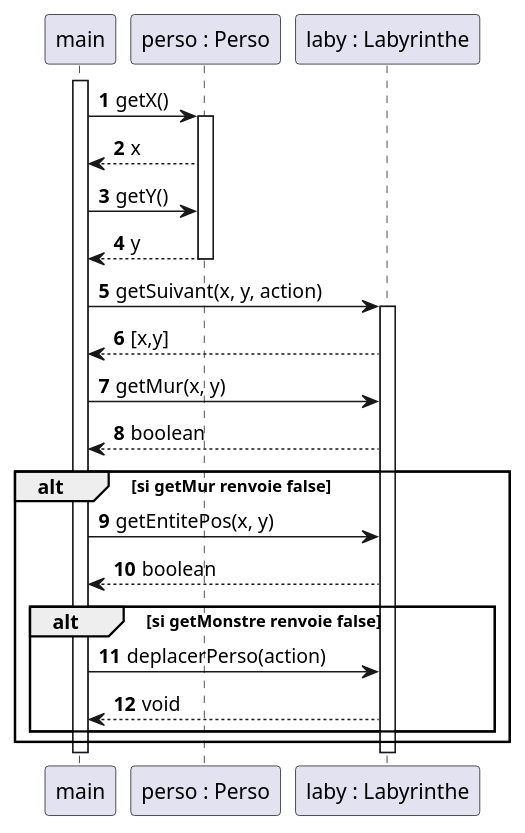
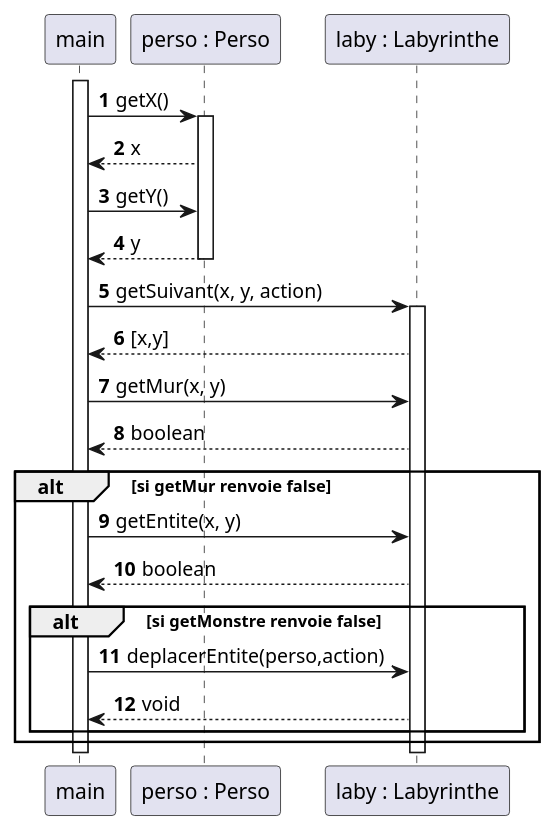
The diagram in zeldiablo/documents/version_2/diagseq_collisionPersoMonstre.puml (celie-ponroy/2023_S2.01_Zeldiablo_ponroy_roth_prykhodko_bortolotti), drawn with PlantUML before and after one commit. The commit also changed 1 other file, not shown here.

Commit message:
modif diagramme sequence collision

```diff
--- a/zeldiablo/documents/version_2/diagseq_collisionPersoMonstre.puml
+++ b/zeldiablo/documents/version_2/diagseq_collisionPersoMonstre.puml
@@ -1,40 +1,40 @@
 @startuml
 
 autonumber
 
 participant "laby : Labyrinthe" as l
 participant "perso : Perso" as p
 
 participant "main" as m
 participant "perso : Perso" as p
 participant "laby : Labyrinthe" as l
 
 activate m
 
 m -> p : getX()
 activate p
 m <-- p : x
 
 m -> p : getY()
 m <-- p : y
 deactivate p
 
 m -> l : getSuivant(x, y, action)
 activate l
 m <-- l : [x,y]
 m -> l : getMur(x, y)
 m <-- l : boolean
 
 alt si getMur renvoie false
-    m -> l : getEntitePos(x, y)
+    m -> l : getEntite(x, y)
     m <-- l : boolean
     alt si getMonstre renvoie false
-        m -> l : deplacerPerso(action)
+        m -> l : deplacerEntite(perso,action)
         m <-- l : void
     end
 end
 
 deactivate l
 deactivate m
 
 @enduml
```
